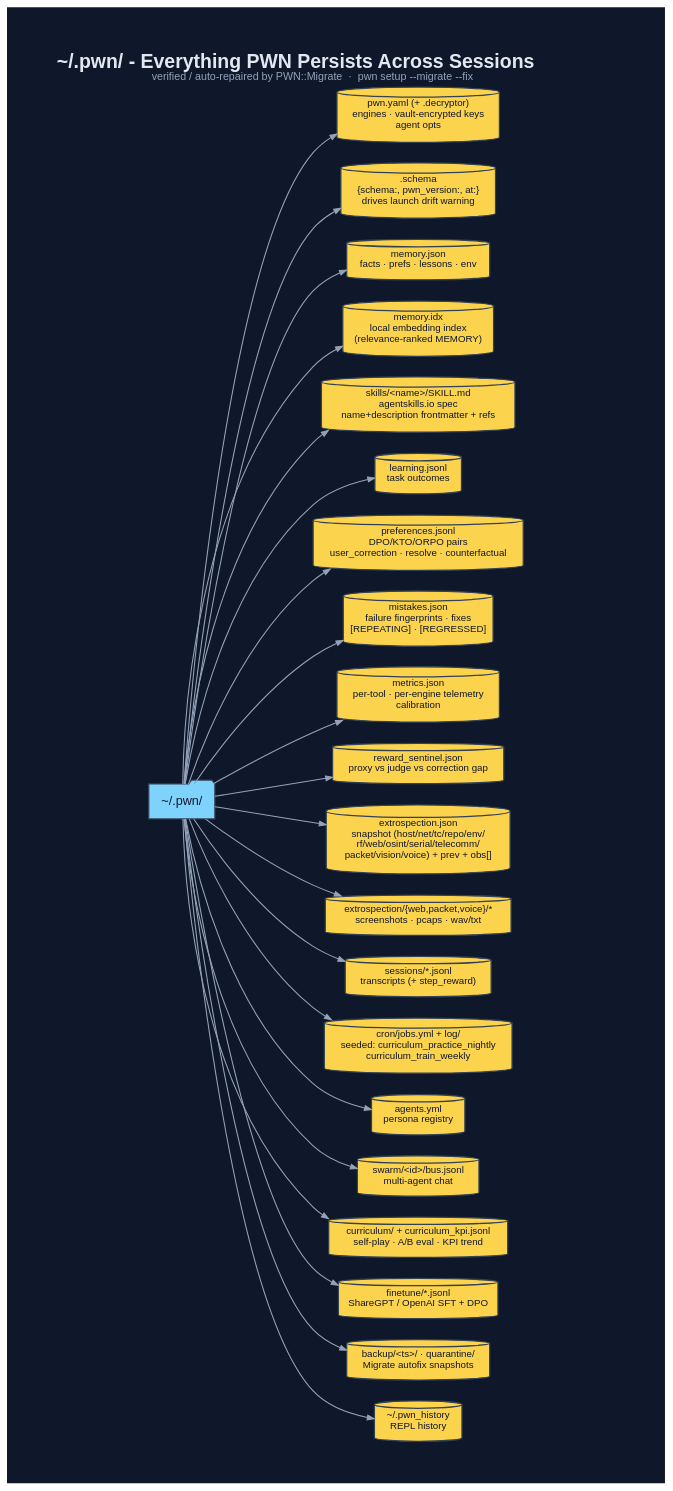
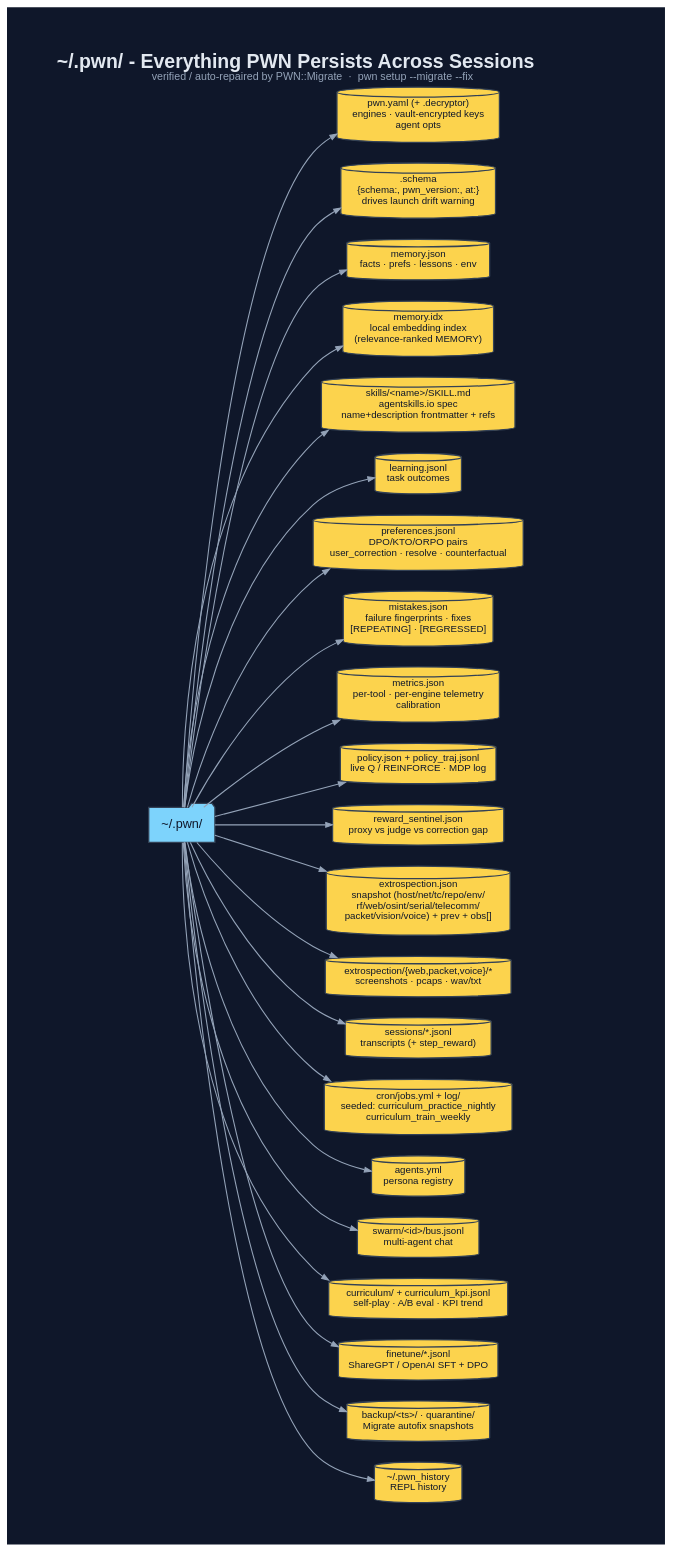
One commit to 0dayInc/pwn changed the diagram in documentation/diagrams/dot/persistence-filesystem.dot. Above: the diagram before and after it, drawn with Graphviz. The commit also changed 57 other files, not shown here.

```diff
--- a/documentation/diagrams/dot/persistence-filesystem.dot
+++ b/documentation/diagrams/dot/persistence-filesystem.dot
@@ -1,40 +1,41 @@
 digraph "PWN_Persistence" {
   graph [
     label=<<B>~/.pwn/ - Everything PWN Persists Across Sessions</B><BR/><FONT POINT-SIZE="11" COLOR="#94a3b8">verified / auto-repaired by PWN::Migrate  ·  pwn setup --migrate --fix</FONT>>,
     labelloc=t, fontsize=20, fontname="Helvetica",
     rankdir=LR, splines=spline, nodesep=0.3, ranksep=1.4,
     bgcolor="#0f172a", fontcolor="#e2e8f0", pad=0.6, newrank=true
   ];
   node [fontname="Helvetica", fontsize=10, style="filled,rounded",
         shape=box, penwidth=1.3, color="#334155", fontcolor="#0f172a"];
   edge [color="#94a3b8", penwidth=1.1, arrowsize=0.7];
 
   Root [label="~/.pwn/", shape=folder, fillcolor="#7dd3fc", fontsize=13];
 
   node [shape=cylinder, fillcolor="#fcd34d"];
   cfg  [label="pwn.yaml (+ .decryptor)\nengines · vault-encrypted keys\nagent opts"];
   schm [label=".schema\n{schema:, pwn_version:, at:}\ndrives launch drift warning"];
   mem  [label="memory.json\nfacts · prefs · lessons · env"];
   midx [label="memory.idx\nlocal embedding index\n(relevance-ranked MEMORY)"];
   skl  [label="skills/<name>/SKILL.md\nagentskills.io spec\nname+description frontmatter + refs"];
   lrn  [label="learning.jsonl\ntask outcomes"];
   prf  [label="preferences.jsonl\nDPO/KTO/ORPO pairs\nuser_correction · resolve · counterfactual"];
   mis  [label="mistakes.json\nfailure fingerprints · fixes\n[REPEATING] · [REGRESSED]"];
   met  [label="metrics.json\nper-tool · per-engine telemetry\ncalibration"];
+  pol  [label="policy.json + policy_traj.jsonl\nlive Q / REINFORCE · MDP log"];
   rws  [label="reward_sentinel.json\nproxy vs judge vs correction gap"];
   ext  [label="extrospection.json\nsnapshot (host/net/tc/repo/env/\nrf/web/osint/serial/telecomm/\npacket/vision/voice) + prev + obs[]"];
   eart [label="extrospection/{web,packet,voice}/*\nscreenshots · pcaps · wav/txt"];
   ses  [label="sessions/*.jsonl\ntranscripts (+ step_reward)"];
   crn  [label="cron/jobs.yml + log/\nseeded: curriculum_practice_nightly\ncurriculum_train_weekly"];
   agt  [label="agents.yml\npersona registry"];
   swm  [label="swarm/<id>/bus.jsonl\nmulti-agent chat"];
   cur  [label="curriculum/ + curriculum_kpi.jsonl\nself-play · A/B eval · KPI trend"];
   ftn  [label="finetune/*.jsonl\nShareGPT / OpenAI SFT + DPO"];
   bkp  [label="backup/<ts>/ · quarantine/\nMigrate autofix snapshots"];
   hist [label="~/.pwn_history\nREPL history"];
 
   Root->cfg;  Root->schm; Root->mem;  Root->midx; Root->skl;  Root->lrn;
-  Root->prf;  Root->mis;  Root->met;  Root->rws;  Root->ext;  Root->eart;
+  Root->prf;  Root->mis;  Root->met;  Root->pol;  Root->rws;  Root->ext;  Root->eart;
   Root->ses;  Root->crn;  Root->agt;  Root->swm;  Root->cur;  Root->ftn;
   Root->bkp;  Root->hist;
 }
```
